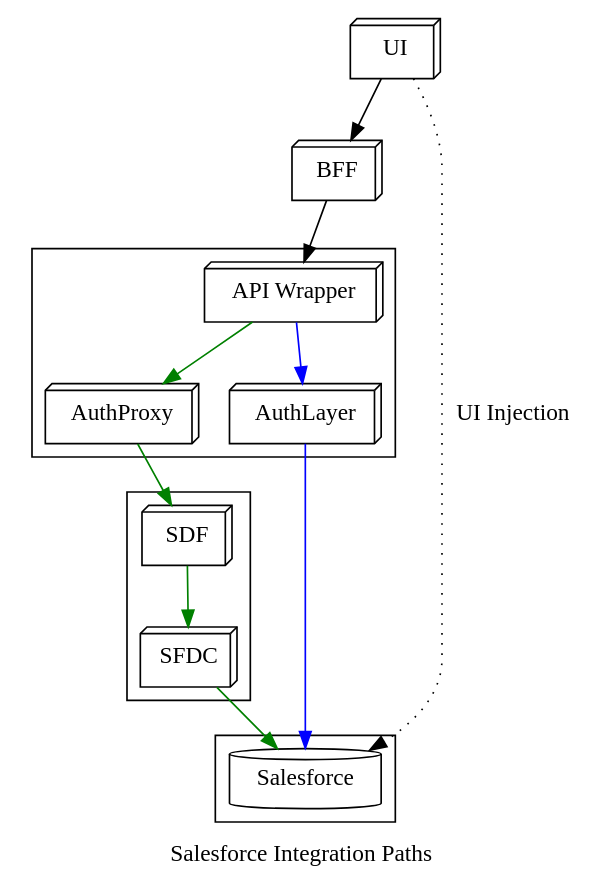
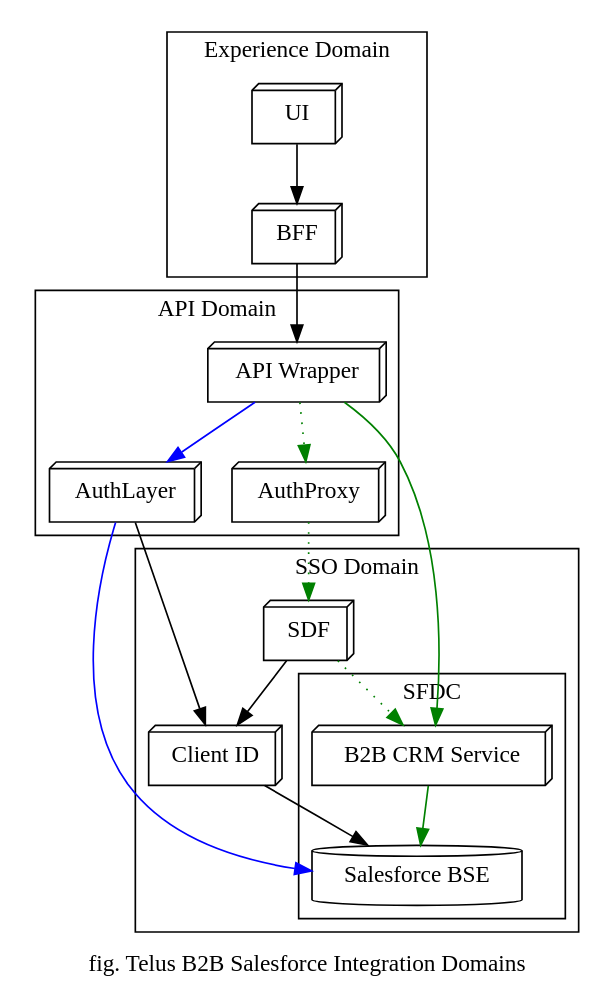
One commit to telus/api-domain-graphs changed the diagram in salesforce_case_integration.gv. Above: the diagram before and after it, drawn with Graphviz.

Commit message:
Added notes from meeting with Brian.

```diff
--- a/salesforce_case_integration.gv
+++ b/salesforce_case_integration.gv
@@ -1,31 +1,45 @@
 strict digraph graphname {
-    label="Salesforce Integration Paths";
+    label="fig. Telus B2B Salesforce Integration Domains";
+    rankdir=TB;
 
-    UI [shape=box3d];
-    BFF [shape=box3d];
-
-    UI -> BFF [color=black];
-    BFF -> "API Wrapper" [color=black];
-    "API Wrapper" -> "AuthLayer" -> "Salesforce" [color=blue];
-    "API Wrapper" -> AuthProxy -> "SDF" -> "SFDC" -> "Salesforce" [color=green];
-
-    UI -> "Salesforce" [label="UI Injection", style=dotted, color=black];
-
-    subgraph cluster_API_Team {
-        label="";
-        AuthProxy [shape=box3d];
-        "AuthLayer" [shape=box3d];
-        "API Wrapper" [shape=box3d];
+    subgraph cluster_UI_Domain {
+        label="Experience Domain";
+        ui [label="UI", shape=box3d];
+        bff [label="BFF", shape=box3d];
     }
 
-    subgraph cluster_salesforce {
-        label="";
-        "Salesforce" [shape=cylinder];
+    subgraph cluster_API_Domain {
+        label="API Domain";
+        proxy [label="AuthProxy", shape=box3d];
+        layer [label="AuthLayer", shape=box3d];
+        // Needs endpoint "session" mgmt for the dynamic Salesforce endpoint.
+        api [label="API Wrapper", shape=box3d];
     }
 
-    subgraph cluster_SDF_Layer {
-        label="";
-        "SDF"  [shape=box3d];
-        "SFDC" [shape=box3d];
+    subgraph cluster_SSO_Domain {
+        label="SSO Domain";
+        sdf [label="SDF",  shape=box3d];
+        pingfed [label="Client ID", shape=box3d];
+
+        subgraph cluster_salesforce {
+            label="SFDC";
+            force [label="Salesforce BSE", shape=cylinder];
+            b2b [label="B2B CRM Service", shape=box3d];
+        }
     }
+
+    ui -> bff [color=black];
+    bff -> api [color=black];
+
+    api -> layer [color=blue];
+    layer -> force [color=blue];
+    api -> b2b [color=green];
+    b2b -> force [color=green];
+    api -> proxy [style=dotted, color=green];
+    proxy -> sdf [style=dotted, color=green];
+    sdf -> b2b [style=dotted, color=green];
+
+    sdf -> pingfed
+    layer -> pingfed
+    pingfed -> force
 }
```
